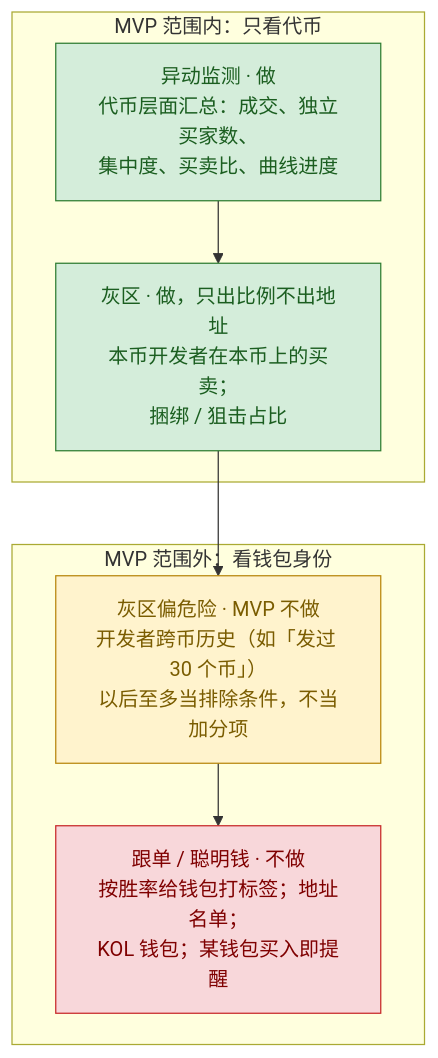
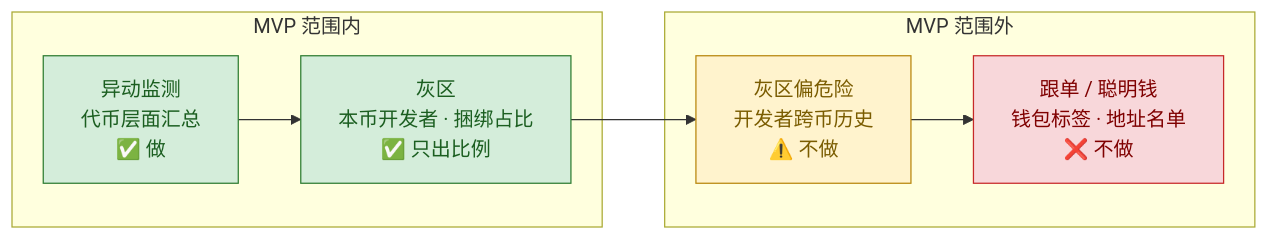
One commit to JulyWA/lp-monitor-3.0-snapshot changed the third of 4 diagrams in docs/meme/TASK-meme-token-watch-stage0-draft.md. Above: the diagram before and after it, drawn with Mermaid. The commit also changed other lines of this file, not shown here.

First line of the commit message:
docs(meme)：图解改紧凑，避免 GitHub 上被折行和裁切

````diff
--- a/docs/meme/TASK-meme-token-watch-stage0-draft.md
+++ b/docs/meme/TASK-meme-token-watch-stage0-draft.md
@@ -168,15 +164,13 @@
 ```mermaid
-flowchart TB
-  subgraph IN["MVP 范围内：只看代币"]
-    A["异动监测 · 做<br/>代币层面汇总：成交、独立买家数、<br/>集中度、买卖比、曲线进度"]:::ok
-    B["灰区 · 做，只出比例不出地址<br/>本币开发者在本币上的买卖；<br/>捆绑 / 狙击占比"]:::ok
+flowchart LR
+  subgraph IN["MVP 范围内"]
+    A["异动监测<br/>代币层面汇总<br/>✅ 做"]:::ok --> B["灰区<br/>本币开发者 · 捆绑占比<br/>✅ 只出比例"]:::ok
   end
-  subgraph OUT["MVP 范围外：看钱包身份"]
-    C["灰区偏危险 · MVP 不做<br/>开发者跨币历史（如「发过 30 个币」）<br/>以后至多当排除条件，不当加分项"]:::warn
-    D["跟单 / 聪明钱 · 不做<br/>按胜率给钱包打标签；地址名单；<br/>KOL 钱包；某钱包买入即提醒"]:::bad
+  subgraph OUT["MVP 范围外"]
+    C["灰区偏危险<br/>开发者跨币历史<br/>⚠️ 不做"]:::warn --> D["跟单 / 聪明钱<br/>钱包标签 · 地址名单<br/>❌ 不做"]:::bad
   end
-  A --> B --> C --> D
+  B --> C
   classDef ok fill:#d4edda,stroke:#2e7d32,color:#1b5e20
   classDef warn fill:#fff3cd,stroke:#b8860b,color:#7a5c00
   classDef bad fill:#f8d7da,stroke:#c62828,color:#7f0000
 ```
````
